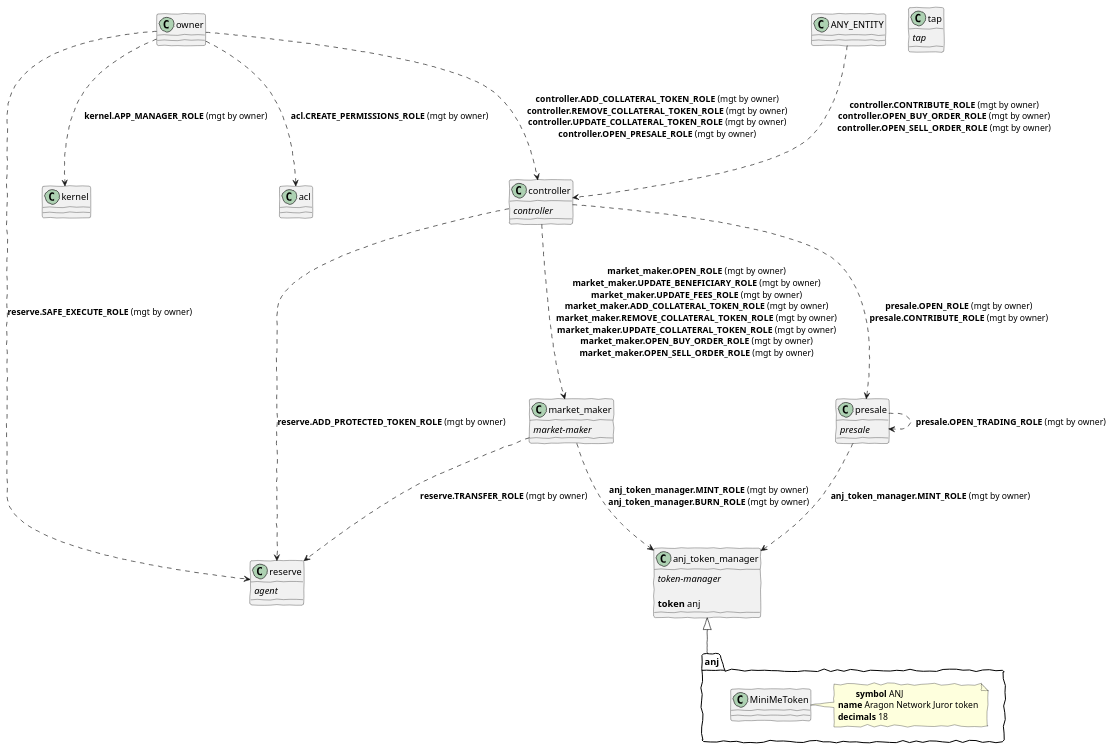
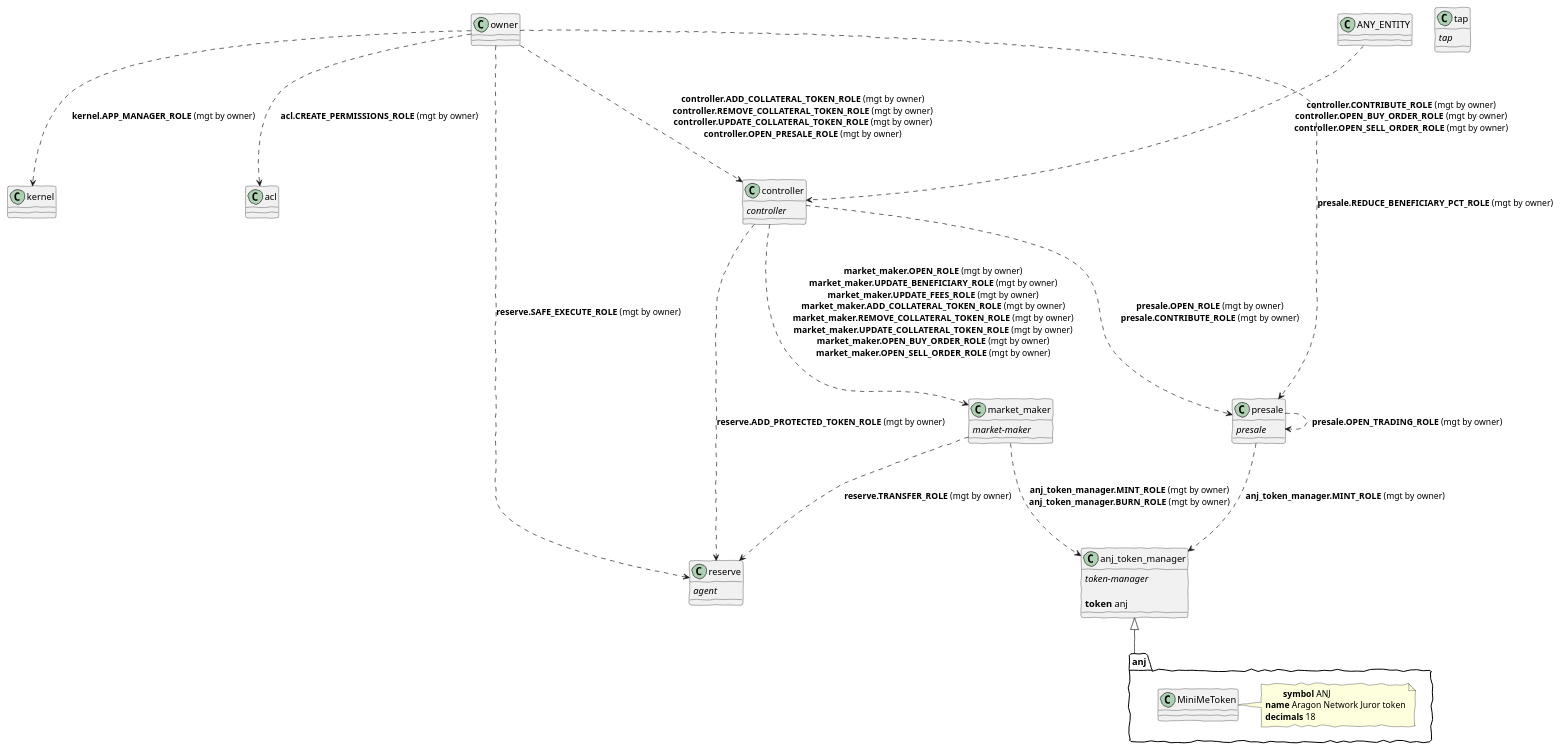
The diagram in template/eopbc.plantuml (aragonone/court-presale), drawn with PlantUML before and after one commit. The commit also changed 10 other files, not shown here.

```diff
--- a/template/eopbc.plantuml
+++ b/template/eopbc.plantuml
@@ -1,73 +1,74 @@
 @startuml eopbc
 ' -- options --
 allowmixing
 skinparam handwritten true
 ' -- tokens --
 
 package anj {
     class MiniMeToken
     note right
     	**symbol** ANJ
 	**name** Aragon Network Juror token
 	**decimals** 18
     end note
 }
 ' -- apps --
 
 class controller {
     {abstract}controller
 
     
 }
 
 
 class reserve {
     {abstract}agent
 
     
 }
 
 
 class market_maker {
     {abstract}market-maker
 
     
 }
 
 
 class presale {
     {abstract}presale
 
     
 }
 
 
 class tap {
     {abstract}tap
 
     
 }
 
 
 class anj_token_manager {
     {abstract}token-manager
 
     	**token** anj
 }
 
 anj_token_manager <|-- anj
 ' -- permissions --
 owner ...> kernel: **kernel.APP_MANAGER_ROLE** (mgt by owner)
 owner ...> acl: **acl.CREATE_PERMISSIONS_ROLE** (mgt by owner)
 market_maker ...> anj_token_manager: **anj_token_manager.MINT_ROLE** (mgt by owner)\n**anj_token_manager.BURN_ROLE** (mgt by owner)
 presale ...> anj_token_manager: **anj_token_manager.MINT_ROLE** (mgt by owner)
 owner ...> reserve: **reserve.SAFE_EXECUTE_ROLE** (mgt by owner)
 controller ...> reserve: **reserve.ADD_PROTECTED_TOKEN_ROLE** (mgt by owner)
 market_maker ...> reserve: **reserve.TRANSFER_ROLE** (mgt by owner)
 controller ...> presale: **presale.OPEN_ROLE** (mgt by owner)\n**presale.CONTRIBUTE_ROLE** (mgt by owner)
+owner ...> presale: **presale.REDUCE_BENEFICIARY_PCT_ROLE** (mgt by owner)
 controller ...> market_maker: **market_maker.OPEN_ROLE** (mgt by owner)\n**market_maker.UPDATE_BENEFICIARY_ROLE** (mgt by owner)\n**market_maker.UPDATE_FEES_ROLE** (mgt by owner)\n**market_maker.ADD_COLLATERAL_TOKEN_ROLE** (mgt by owner)\n**market_maker.REMOVE_COLLATERAL_TOKEN_ROLE** (mgt by owner)\n**market_maker.UPDATE_COLLATERAL_TOKEN_ROLE** (mgt by owner)\n**market_maker.OPEN_BUY_ORDER_ROLE** (mgt by owner)\n**market_maker.OPEN_SELL_ORDER_ROLE** (mgt by owner)
 owner ...> controller: **controller.ADD_COLLATERAL_TOKEN_ROLE** (mgt by owner)\n**controller.REMOVE_COLLATERAL_TOKEN_ROLE** (mgt by owner)\n**controller.UPDATE_COLLATERAL_TOKEN_ROLE** (mgt by owner)\n**controller.OPEN_PRESALE_ROLE** (mgt by owner)
 presale ...> presale: **presale.OPEN_TRADING_ROLE** (mgt by owner)
 ANY_ENTITY ...> controller: **controller.CONTRIBUTE_ROLE** (mgt by owner)\n**controller.OPEN_BUY_ORDER_ROLE** (mgt by owner)\n**controller.OPEN_SELL_ORDER_ROLE** (mgt by owner)
 
 @enduml
```
